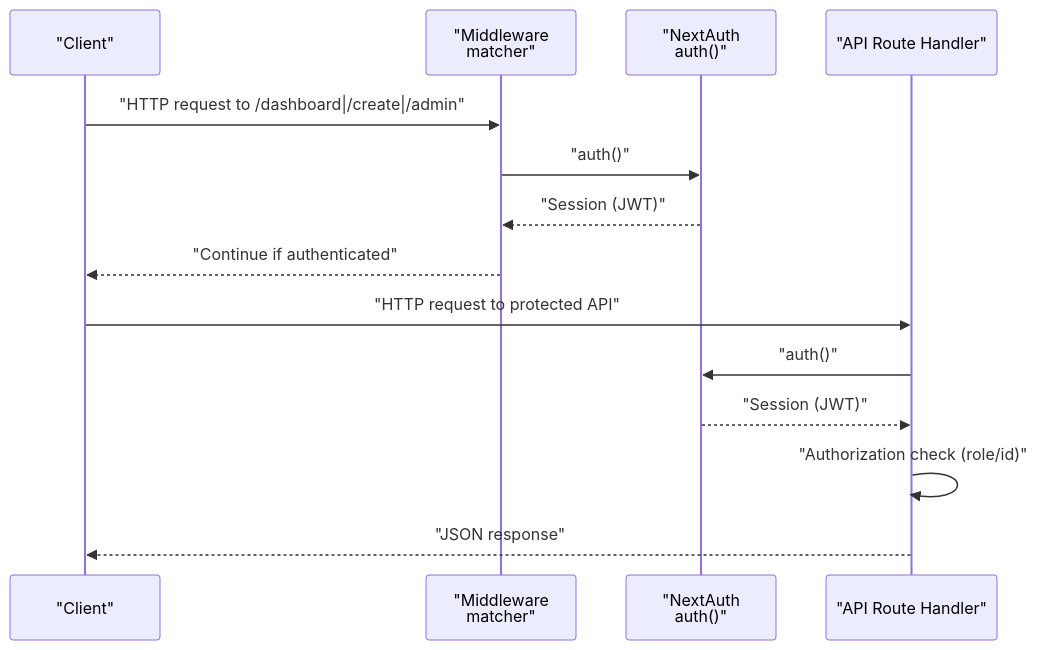
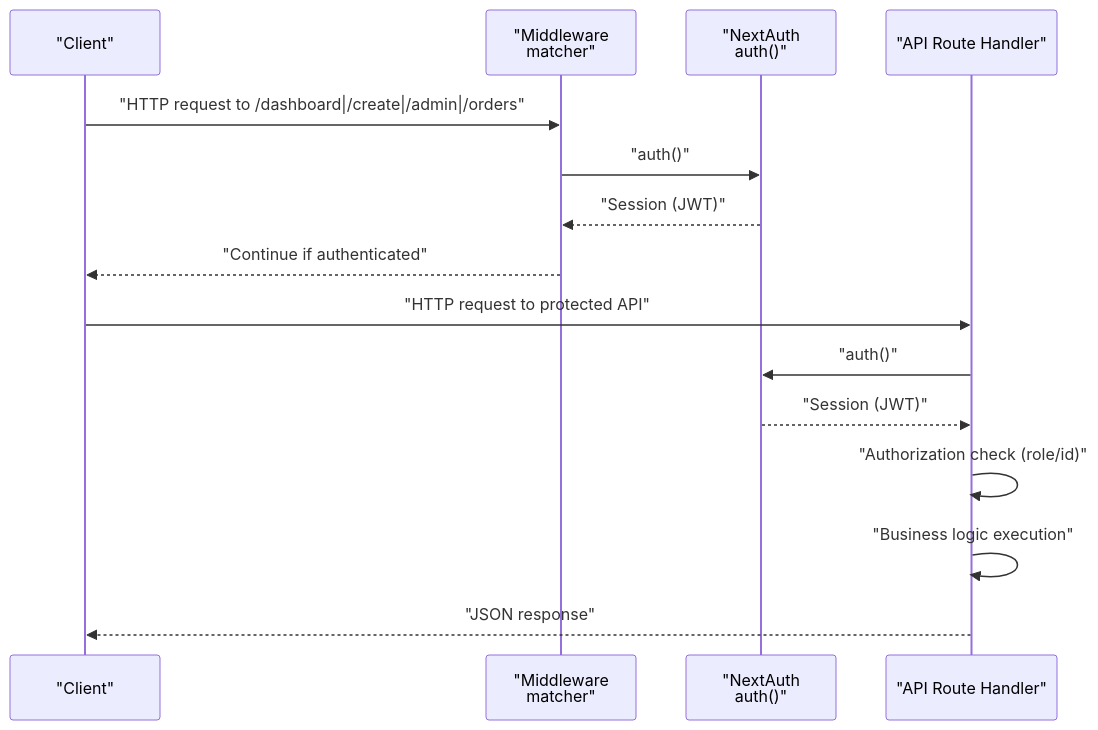
Before and after one commit to Crowdspender/titchybooks-app: the second of 12 diagrams in .qoder/repowiki/en/content/Architecture Overview/Backend Architecture.md, drawn with Mermaid. The commit also changed other lines of this file and 62 other files, not shown here.

````diff
--- a/.qoder/repowiki/en/content/Architecture Overview/Backend Architecture.md
+++ b/.qoder/repowiki/en/content/Architecture Overview/Backend Architecture.md
@@ -128,16 +234,17 @@
 ```mermaid
 sequenceDiagram
 participant C as "Client"
 participant MW as "Middleware<br/>matcher"
 participant NA as "NextAuth<br/>auth()"
 participant AR as "API Route Handler"
-C->>MW : "HTTP request to /dashboard|/create|/admin"
+C->>MW : "HTTP request to /dashboard|/create|/admin|/orders"
 MW->>NA : "auth()"
 NA-->>MW : "Session (JWT)"
 MW-->>C : "Continue if authenticated"
 C->>AR : "HTTP request to protected API"
 AR->>NA : "auth()"
 NA-->>AR : "Session (JWT)"
 AR->>AR : "Authorization check (role/id)"
+AR->>AR : "Business logic execution"
 AR-->>C : "JSON response"
 ```
````
